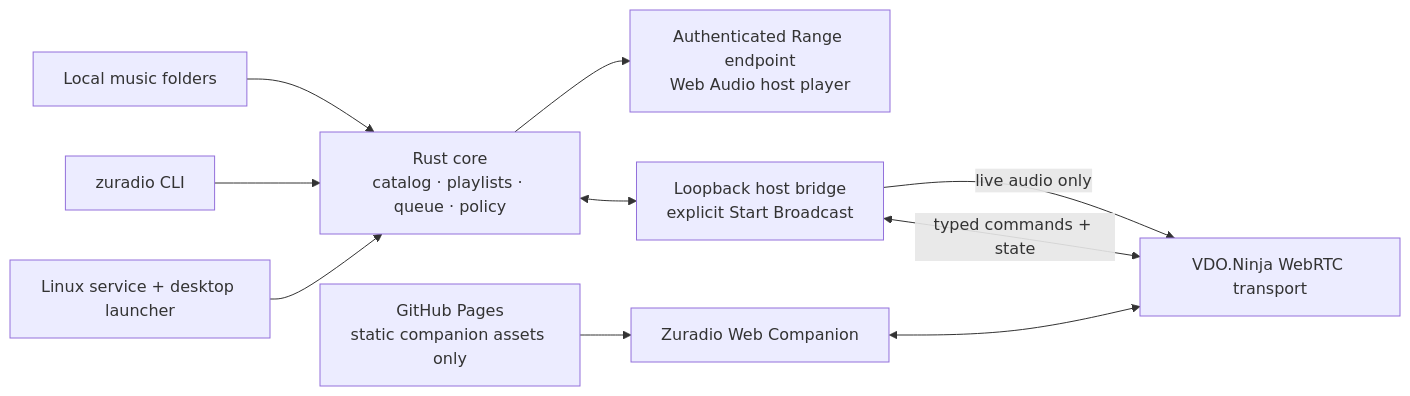
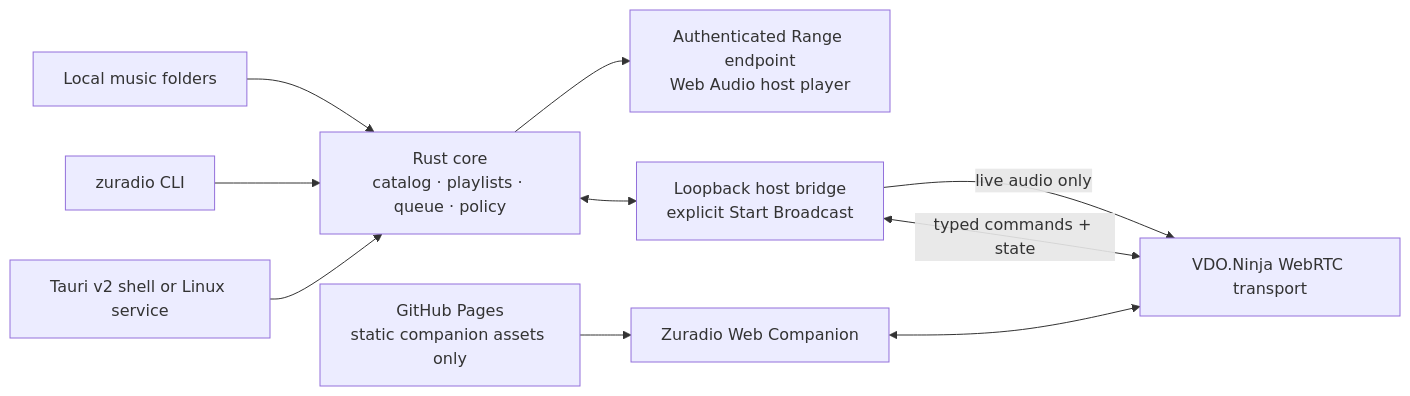
One commit to GeorgeFejer91/zuradio changed the diagram in docs/architecture.md. Above: the diagram before and after it, drawn with Mermaid. The commit also changed other lines of this file and 76 other files, not shown here.

Commit message:
Add native Tauri desktop shell

````diff
--- a/docs/architecture.md
+++ b/docs/architecture.md
@@ -12,12 +12,12 @@
 ```mermaid
 flowchart LR
   Music["Local music folders"] --> Core["Rust core\ncatalog · playlists · queue · policy"]
   Core --> Audio["Authenticated Range endpoint\nWeb Audio host player"]
   CLI["zuradio CLI"] --> Core
-  Desktop["Linux service + desktop launcher"] --> Core
+  Desktop["Tauri v2 shell or Linux service"] --> Core
   Core <--> Host["Loopback host bridge\nexplicit Start Broadcast"]
   Host -->|"live audio only"| VDO["VDO.Ninja WebRTC transport"]
   Host <--> |"typed commands + state"| VDO
   Pages["GitHub Pages\nstatic companion assets only"] --> Companion["Zuradio Web Companion"]
   Companion <--> VDO
 ```
````
